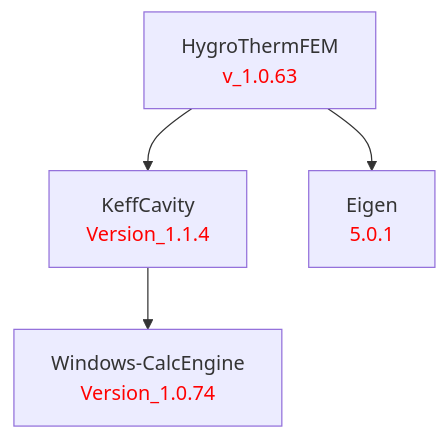
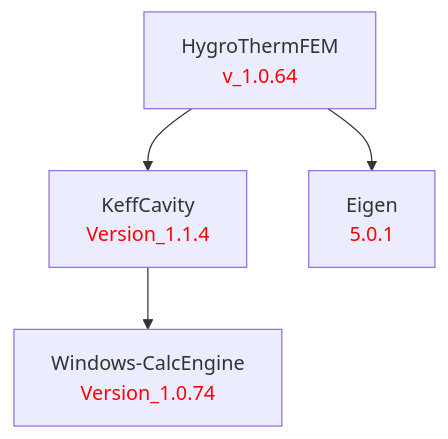
Before and after one commit to LBNL-ETA/HygroThermFEM: the diagram in doc/HygroThermFEM.md, drawn with Mermaid. The commit also changed 1 other file, not shown here.

Commit message:
Bump to v_1.0.64

````diff
--- a/doc/HygroThermFEM.md
+++ b/doc/HygroThermFEM.md
@@ -1,13 +1,13 @@
 ```mermaid
 graph TD
     %% Package definitions
-    HygroThermFEM[HygroThermFEM<br/><font color='red'>v_1.0.63</font>]
+    HygroThermFEM[HygroThermFEM<br/><font color='red'>v_1.0.64</font>]
     KeffCavity[KeffCavity<br/><font color='red'>Version_1.1.4</font>]
     Eigen[Eigen<br/><font color='red'>5.0.1</font>]
     WindowsCalcEngine[Windows-CalcEngine<br/><font color='red'>Version_1.0.74</font>]
 
     %% Package relations
     HygroThermFEM --> KeffCavity
     HygroThermFEM --> Eigen
     KeffCavity --> WindowsCalcEngine
 ```
````
